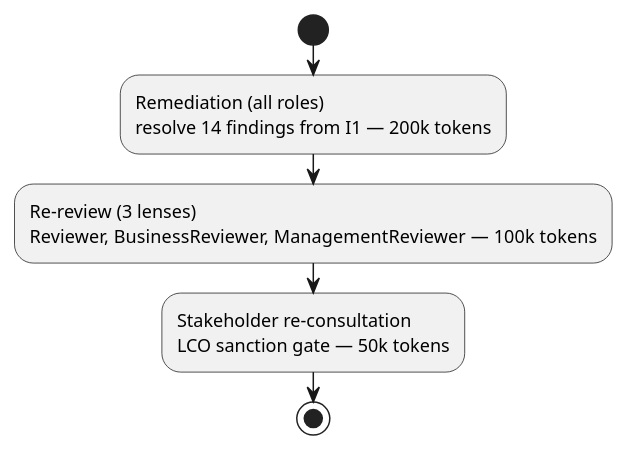
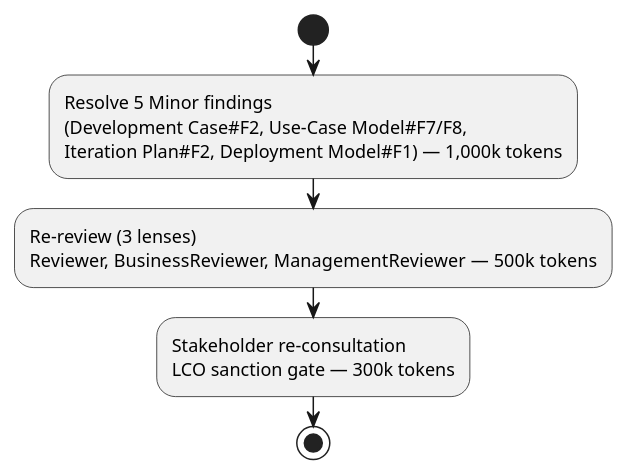
The second of 2 diagrams in docs/artifacts/project-management/iteration-plan.md (banense-test/trademe), drawn with PlantUML before and after one commit. The commit also changed other lines of this file, not shown here.

First line of the commit message:
Project Manager [I3]: upsert Iteration Plan

````diff
--- a/docs/artifacts/project-management/iteration-plan.md
+++ b/docs/artifacts/project-management/iteration-plan.md
@@ -51,9 +52,9 @@
 ```plantuml
 @startuml
 start
-:Remediation (all roles)\nresolve 14 findings from I1 — 200k tokens;
-:Re-review (3 lenses)\nReviewer, BusinessReviewer, ManagementReviewer — 100k tokens;
-:Stakeholder re-consultation\nLCO sanction gate — 50k tokens;
+:Resolve 5 Minor findings\n(Development Case#F2, Use-Case Model#F7/F8,\nIteration Plan#F2, Deployment Model#F1) — 1,000k tokens;
+:Re-review (3 lenses)\nReviewer, BusinessReviewer, ManagementReviewer — 500k tokens;
+:Stakeholder re-consultation\nLCO sanction gate — 300k tokens;
 stop
 @enduml
 ```
````
